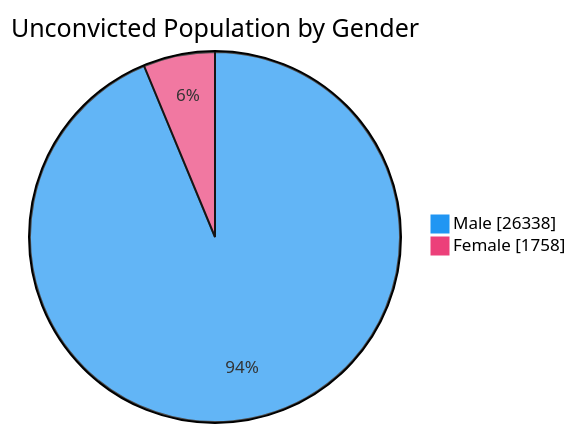
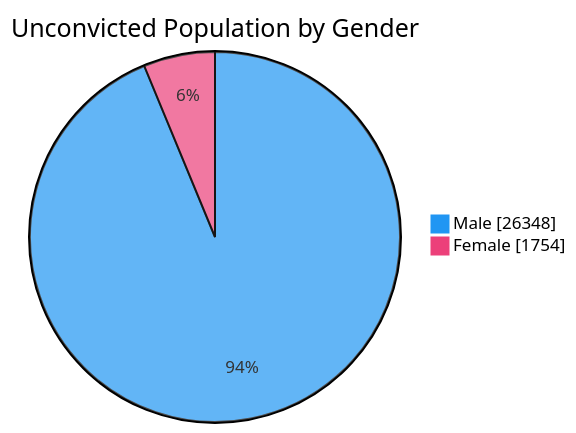
Before and after one commit to nuuuwan/lk_prisons: the fourth of 7 diagrams in README.md, drawn with Mermaid. The commit also changed other lines of this file and 1 other file, not shown here.

````diff
--- a/README.md
+++ b/README.md
@@ -76,6 +76,6 @@
 ```mermaid
 %%{init: {'themeVariables': {'pie1': '#2196F3', 'pie2': '#EC407A'}}}%%
 pie showData title Unconvicted Population by Gender
-    "Male" : 26338
-    "Female" : 1758
+    "Male" : 26348
+    "Female" : 1754
 ```
````
